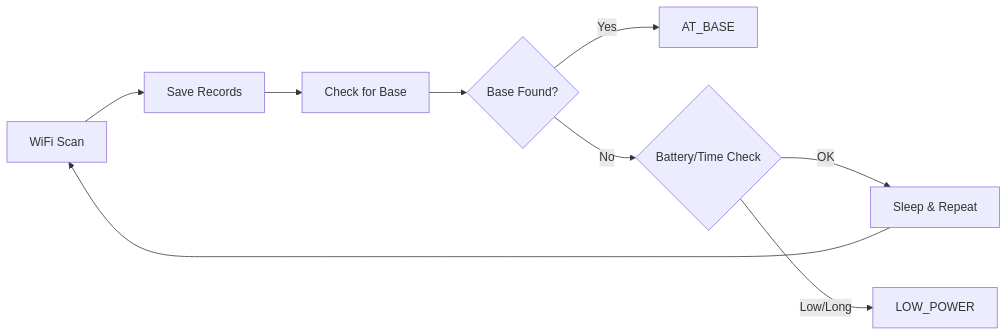
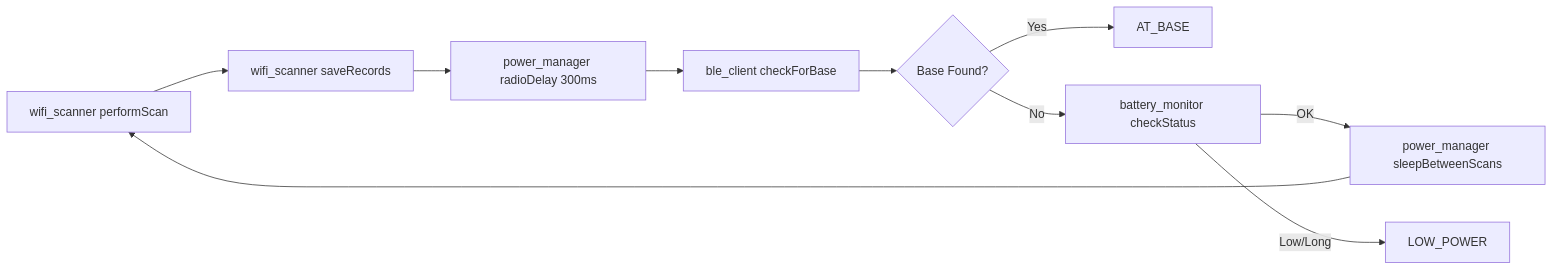
Before and after one commit to Ameciclo/bpr-sistema: the fourth of 10 diagrams in firmware/bike/SYSTEM_FLOW.md, drawn with Mermaid. The commit also changed other lines of this file and 49 other files, not shown here.

````diff
--- a/firmware/bike/SYSTEM_FLOW.md
+++ b/firmware/bike/SYSTEM_FLOW.md
@@ -92,11 +105,12 @@
 ```mermaid
 flowchart LR
-    A[WiFi Scan] --> B[Save Records]
-    B --> C[Check for Base]
-    C --> D{Base Found?}
-    D -->|Yes| E[AT_BASE]
-    D -->|No| F{Battery/Time Check}
-    F -->|OK| G[Sleep & Repeat]
-    F -->|Low/Long| H[LOW_POWER]
-    G --> A
+    A[wifi_scanner performScan] --> B[wifi_scanner saveRecords]
+    B --> C[power_manager radioDelay 300ms]
+    C --> D[ble_client checkForBase]
+    D --> E{Base Found?}
+    E -->|Yes| F[AT_BASE]
+    E -->|No| G[battery_monitor checkStatus]
+    G -->|OK| H[power_manager sleepBetweenScans]
+    G -->|Low/Long| I[LOW_POWER]
+    H --> A
 ```
````
